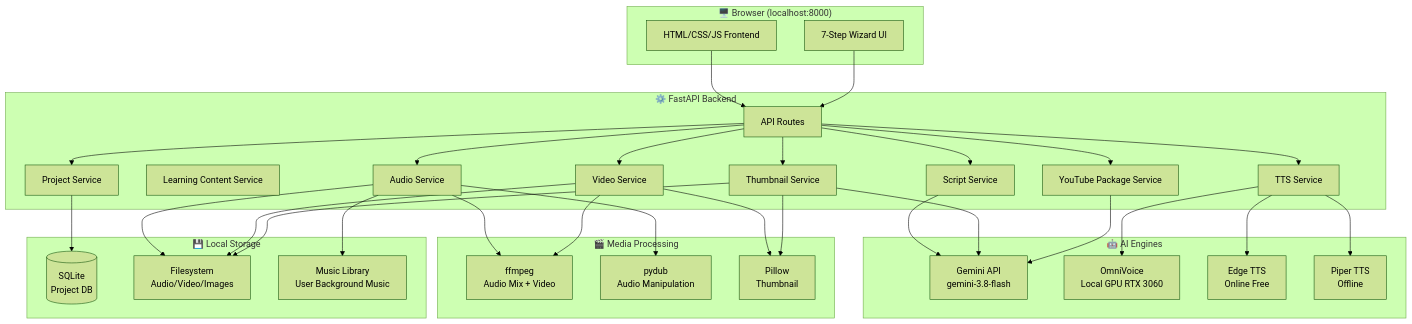
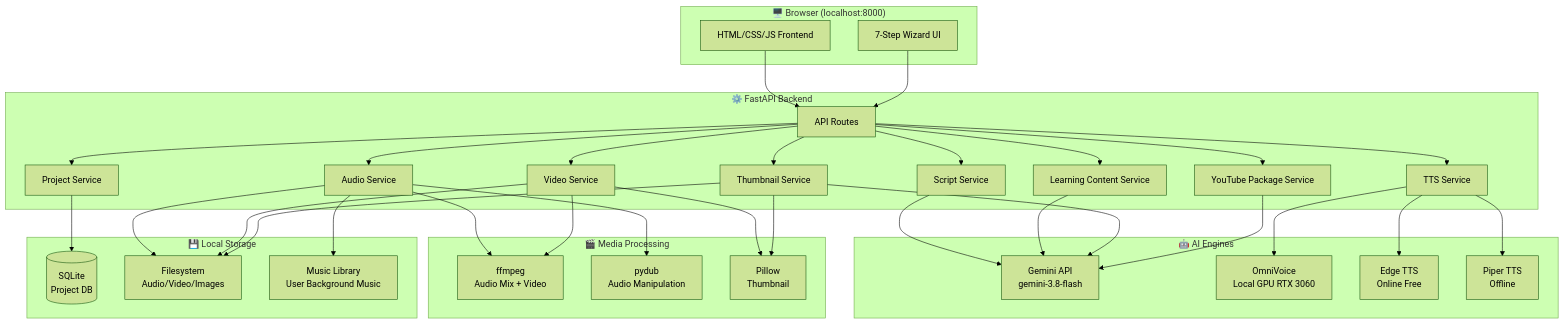
Before and after one commit to danghoangsqtt-sys/dailyintelenglish: the first of 3 diagrams in .viepilot/ARCHITECTURE.md, drawn with Mermaid (forest theme). The commit also changed other lines of this file and 25 other files, not shown here.

````diff
--- a/.viepilot/ARCHITECTURE.md
+++ b/.viepilot/ARCHITECTURE.md
@@ -45,50 +53,50 @@
 ```mermaid
 graph TB
     subgraph Browser["🖥️ Browser (localhost:8000)"]
         UI[HTML/CSS/JS Frontend]
         WZ[7-Step Wizard UI]
     end
 
     subgraph FastAPI["⚙️ FastAPI Backend"]
         AR[API Routes]
         SS[Script Service]
         LCS[Learning Content Service]
         TS[TTS Service]
         AS[Audio Service]
         VS[Video Service]
         THS[Thumbnail Service]
         PS[Project Service]
         YTS[YouTube Package Service]
     end
 
     subgraph AI["🤖 AI Engines"]
         GEM[Gemini API\ngemini-3.8-flash]
         OV[OmniVoice\nLocal GPU RTX 3060]
         ETSS[Edge TTS\nOnline Free]
         PTTS[Piper TTS\nOffline]
     end
 
     subgraph Media["🎬 Media Processing"]
         FFMP[ffmpeg\nAudio Mix + Video]
         PDY[pydub\nAudio Manipulation]
         PIL[Pillow\nThumbnail]
     end
 
     subgraph Storage["💾 Local Storage"]
         DB[(SQLite\nProject DB)]
         FS[Filesystem\nAudio/Video/Images]
         ML[Music Library\nUser Background Music]
     end
 
     UI --> AR
     WZ --> AR
-    AR --> SS & TS & AS & VS & THS & PS & YTS
-    SS --> GEM
+    AR --> SS & LCS & TS & AS & VS & THS & PS & YTS
+    SS & LCS --> GEM
     TS --> OV & ETSS & PTTS
     AS --> FFMP & PDY & ML
     VS --> FFMP & PIL
     THS --> GEM & PIL
     YTS --> GEM
     PS --> DB
     AS & VS & THS --> FS
 ```
````
